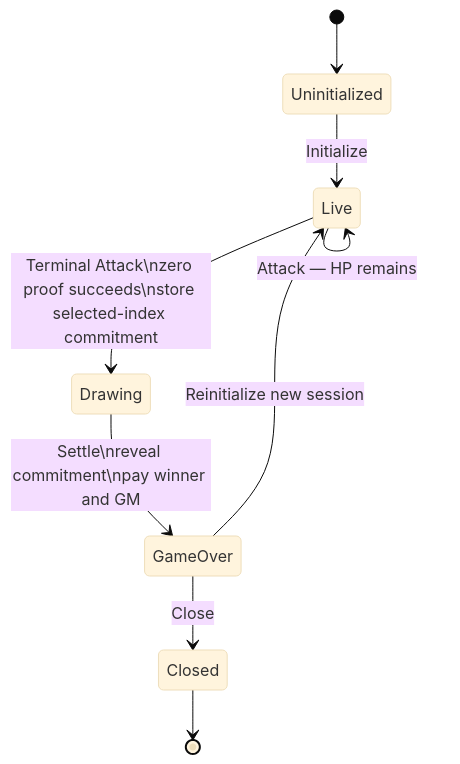
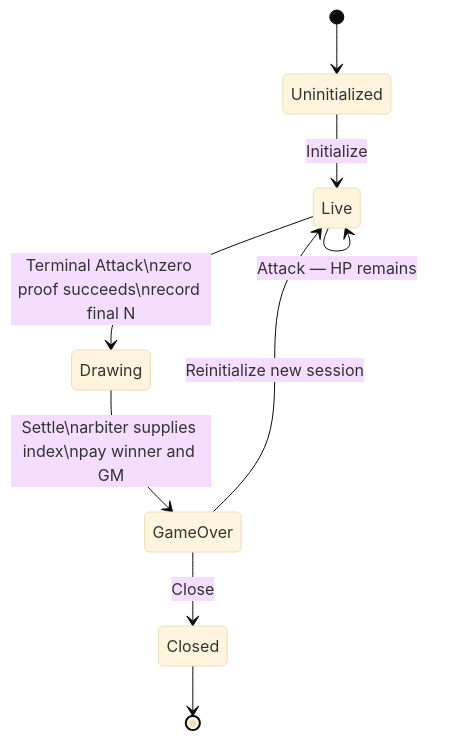
The first of 2 diagrams in docs/game.md (kilogold/confidential-pinata), drawn with Mermaid (base theme) before and after one commit. The commit also changed other lines of this file and 6 other files, not shown here.

````diff
--- a/docs/game.md
+++ b/docs/game.md
@@ -7,17 +7,17 @@
 ```mermaid
 stateDiagram-v2
   [*] --> Uninitialized
 
   Uninitialized --> Live: Initialize
 
   Live --> Live: Register
   Live --> Live: Attack — HP remains
-  Live --> Drawing: Terminal Attack\nzero proof succeeds\nstore selected-index commitment
+  Live --> Drawing: Terminal Attack\nzero proof succeeds\nrecord final N
 
-  Drawing --> GameOver: Settle\nreveal commitment\npay winner and GM
+  Drawing --> GameOver: Settle\narbiter supplies index\npay winner and GM
 
   GameOver --> Live: Reinitialize new session
   GameOver --> Closed: Close
 
   Closed --> [*]
 ```
````
